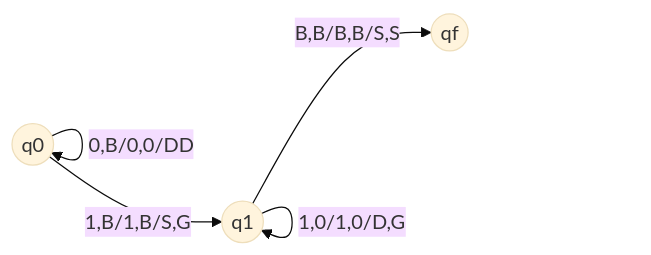
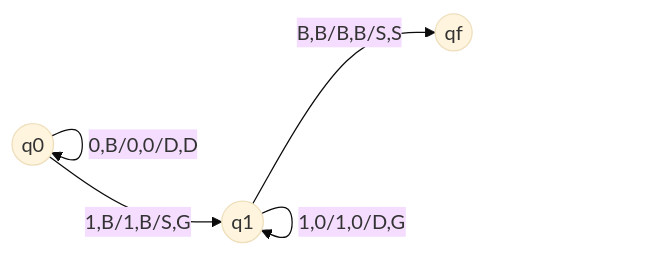
Before and after one commit to FlorianLatapie/PNS-SI4-S7_Algorithmique: the fifth of 7 diagrams in TDs/TD2/TD2.md, drawn with Mermaid (base theme). The commit also changed other lines of this file, not shown here.

````diff
--- a/TDs/TD2/TD2.md
+++ b/TDs/TD2/TD2.md
@@ -122,10 +157,10 @@
 ```mermaid
 graph LR
-    q0((q0)) --> | 0,B/0,0/DD | q0
+    q0((q0)) --> | 0,B/0,0/D,D | q0
     q0((q0)) --> | 1,B/1,B/S,G | q1
 
     q1((q1)) --> | 1,0/1,0/D,G | q1
     q1((q1)) --> | B,B/B,B/S,S | qf
 
     qf((qf))
 ```
````
